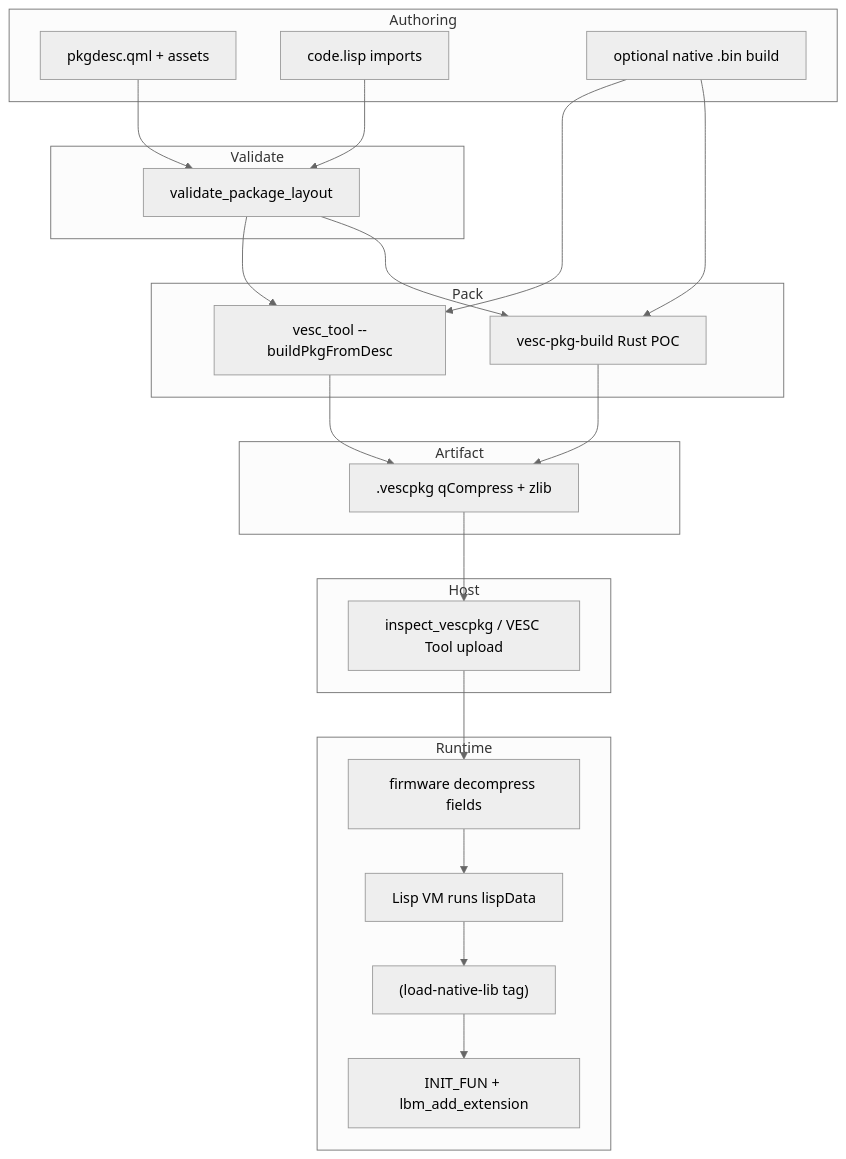
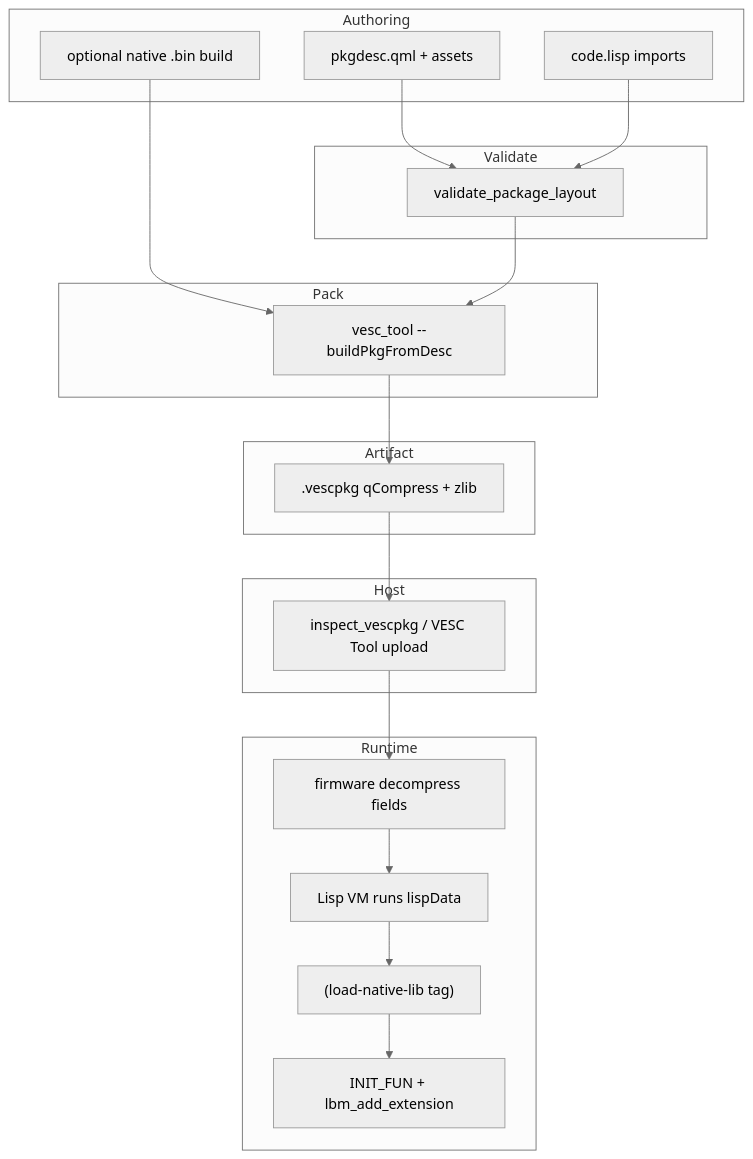
The diagram in docs/vescpackage-reference.md (mjc/vesc-mcp), drawn with Mermaid (neutral theme) before and after one commit. The commit also changed other lines of this file and 15 other files, not shown here.

````diff
--- a/docs/vescpackage-reference.md
+++ b/docs/vescpackage-reference.md
@@ -19,40 +19,36 @@
 ```mermaid
 flowchart TB
   subgraph Authoring
     A1[pkgdesc.qml + assets]
     A2[code.lisp imports]
     A3[optional native .bin build]
   end
   subgraph Validate
     V1[validate_package_layout]
   end
   subgraph Pack
     P1[vesc_tool --buildPkgFromDesc]
-    P2[vesc-pkg-build Rust POC]
   end
   subgraph Artifact
     W1[.vescpkg qCompress + zlib]
   end
   subgraph Host
     H1[inspect_vescpkg / VESC Tool upload]
   end
   subgraph Runtime
     R1[firmware decompress fields]
     R2[Lisp VM runs lispData]
     R3["(load-native-lib tag)"]
     R4[INIT_FUN + lbm_add_extension]
   end
   A1 --> V1
   A2 --> V1
   A3 --> P1
-  A3 --> P2
   V1 --> P1
-  V1 --> P2
   P1 --> W1
-  P2 --> W1
   W1 --> H1
   H1 --> R1
   R1 --> R2
   R2 --> R3
   R3 --> R4
 ```
````
